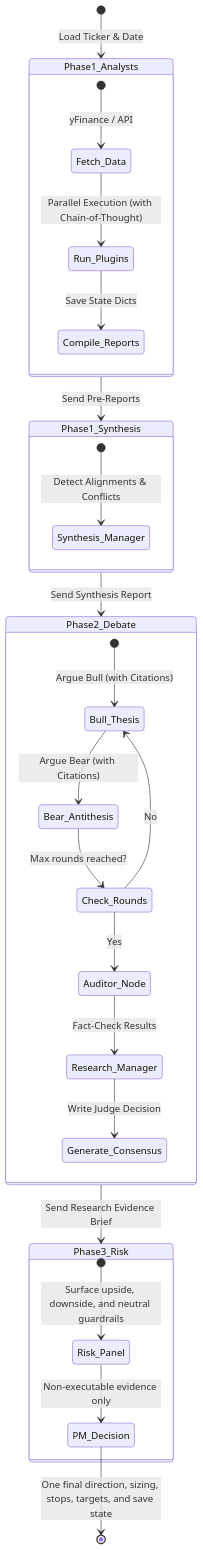
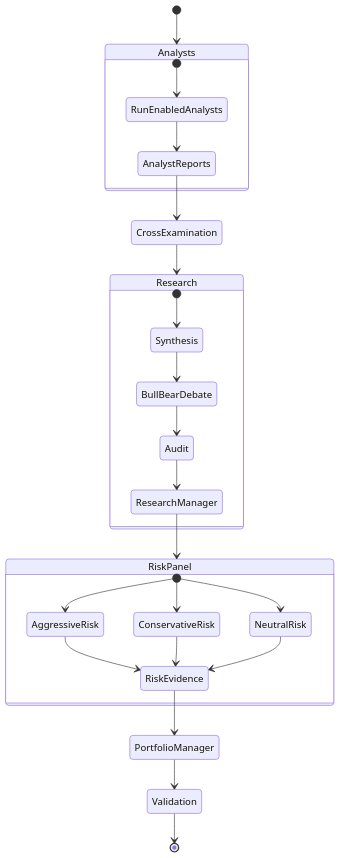
One commit to JustSadY/TradingAgents changed the diagram in docs/architecture/multi_agent_system.md. Above: the diagram before and after it, drawn with Mermaid. The commit also changed other lines of this file, not shown here.

Commit message:
Clarify current multi-agent decision flow

````diff
--- a/docs/architecture/multi_agent_system.md
+++ b/docs/architecture/multi_agent_system.md
@@ -9,37 +9,34 @@
 ```mermaid
 stateDiagram-v2
-    [*] --> Phase1_Analysts : Load Ticker & Date
-    
-    state Phase1_Analysts {
-        [*] --> Fetch_Data : yFinance / API
-        Fetch_Data --> Run_Plugins : Parallel Execution (with Chain-of-Thought)
-        Run_Plugins --> Compile_Reports : Save State Dicts
-    }
-    
-    Phase1_Analysts --> Phase1_Synthesis : Send Pre-Reports
-    
-    state Phase1_Synthesis {
-        [*] --> Synthesis_Manager : Detect Alignments & Conflicts
+    [*] --> Analysts
+
+    state Analysts {
+        [*] --> RunEnabledAnalysts
+        RunEnabledAnalysts --> AnalystReports
     }
 
-    Phase1_Synthesis --> Phase2_Debate : Send Synthesis Report
-    
-    state Phase2_Debate {
-        [*] --> Bull_Thesis : Argue Bull (with Citations)
-        Bull_Thesis --> Bear_Antithesis : Argue Bear (with Citations)
-        Bear_Antithesis --> Check_Rounds : Max rounds reached?
-        Check_Rounds --> Bull_Thesis : No
-        Check_Rounds --> Auditor_Node : Yes
-        Auditor_Node --> Research_Manager : Fact-Check Results
-        Research_Manager --> Generate_Consensus : Write Judge Decision
+    AnalystReports --> CrossExamination
+    CrossExamination --> Research
+
+    state Research {
+        [*] --> Synthesis
+        Synthesis --> BullBearDebate
+        BullBearDebate --> Audit
+        Audit --> ResearchManager
     }
-    
-    Phase2_Debate --> Phase3_Risk : Send Research Evidence Brief
 
-    state Phase3_Risk {
-        [*] --> Risk_Panel : Surface upside, downside, and neutral guardrails
-        Risk_Panel --> PM_Decision : Non-executable evidence only
+    ResearchManager --> RiskPanel
+
+    state RiskPanel {
+        [*] --> AggressiveRisk
+        [*] --> ConservativeRisk
+        [*] --> NeutralRisk
+        AggressiveRisk --> RiskEvidence
+        ConservativeRisk --> RiskEvidence
+        NeutralRisk --> RiskEvidence
     }
-    
-    PM_Decision --> [*] : One final direction, sizing, stops, targets, and save state
+
+    RiskEvidence --> PortfolioManager
+    PortfolioManager --> Validation
+    Validation --> [*]
 ```
````
